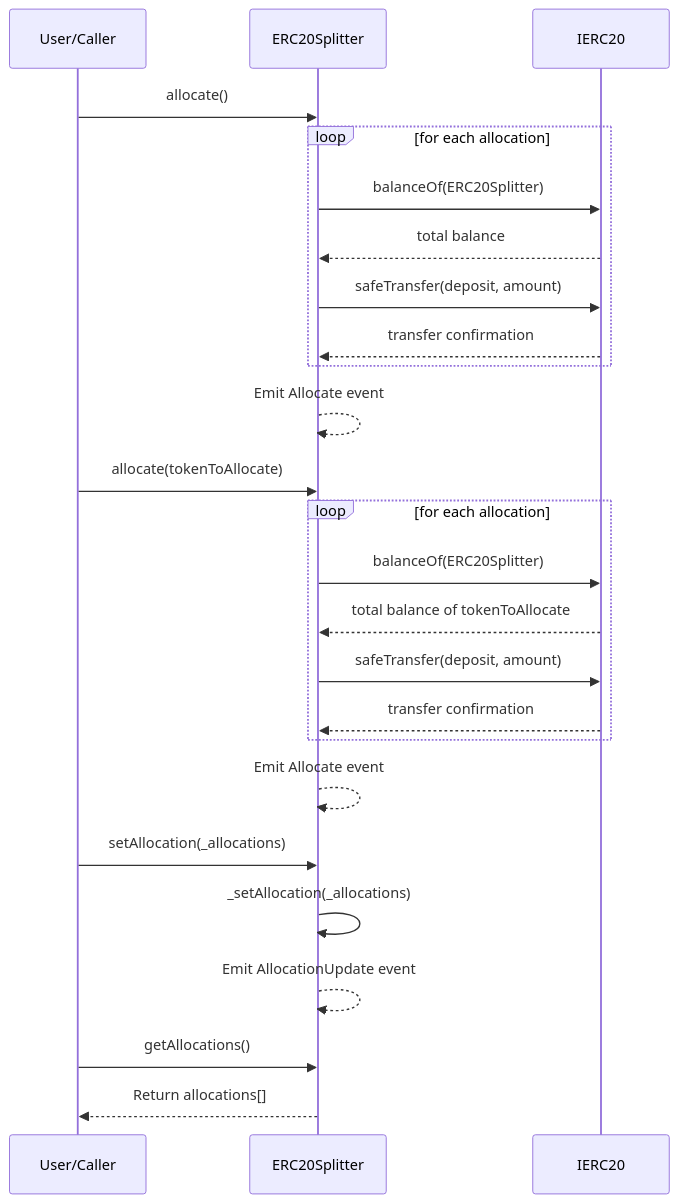
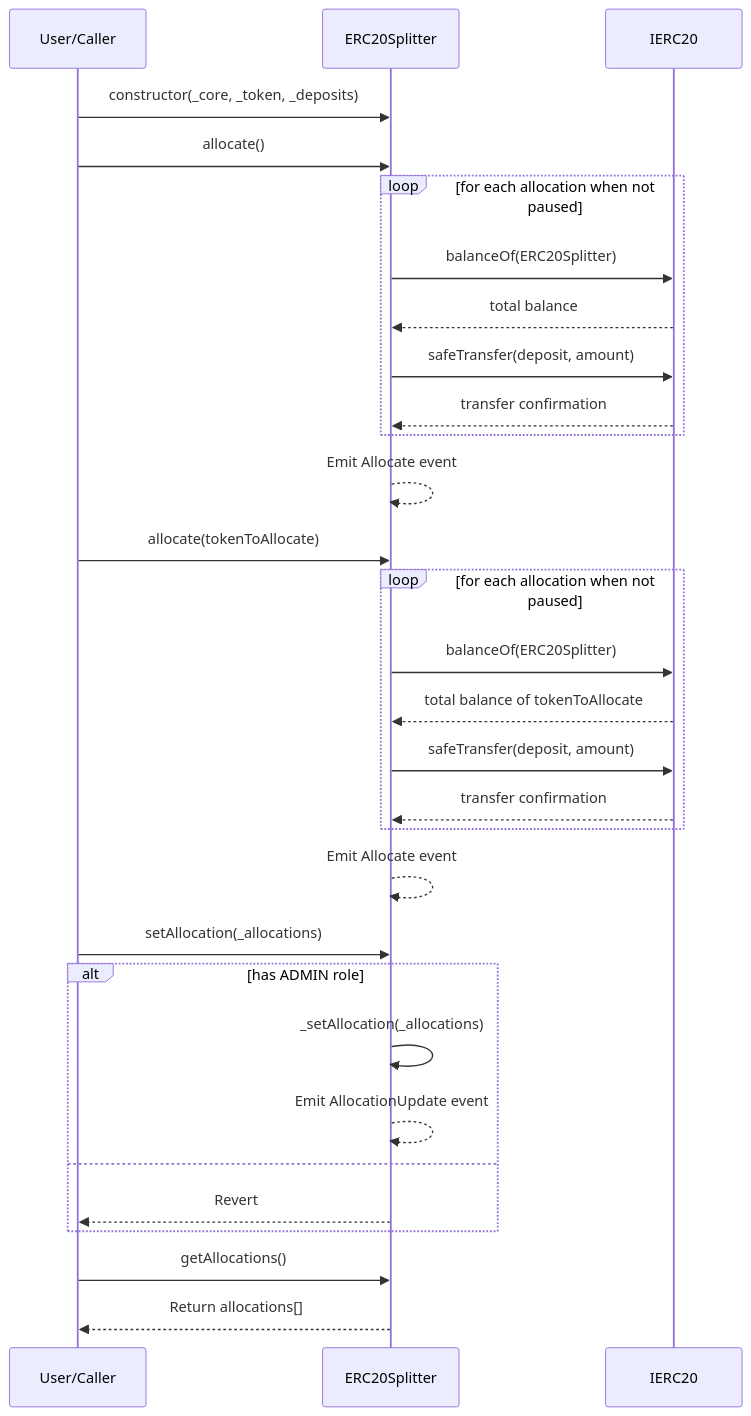
The second of 2 diagrams in doc/contracts/finance/ERC20Splitter.md (ZTX-Foundation/tuxedo), drawn with Mermaid before and after one commit. The commit also changed 8 other files, not shown here.

````diff
--- a/doc/contracts/finance/ERC20Splitter.md
+++ b/doc/contracts/finance/ERC20Splitter.md
@@ -19,31 +19,37 @@
 ```mermaid
 sequenceDiagram
     participant User as User/Caller
     participant ERC20Splitter
     participant IERC20
 
+    User->>ERC20Splitter: constructor(_core, _token, _deposits)
+
     User->>ERC20Splitter: allocate()
-    loop for each allocation
+    loop for each allocation when not paused
         ERC20Splitter->>IERC20: balanceOf(ERC20Splitter)
         IERC20-->>ERC20Splitter: total balance
         ERC20Splitter->>IERC20: safeTransfer(deposit, amount)
         IERC20-->>ERC20Splitter: transfer confirmation
     end
     ERC20Splitter-->>ERC20Splitter: Emit Allocate event
 
     User->>ERC20Splitter: allocate(tokenToAllocate)
-    loop for each allocation
+    loop for each allocation when not paused
         ERC20Splitter->>IERC20: balanceOf(ERC20Splitter)
         IERC20-->>ERC20Splitter: total balance of tokenToAllocate
         ERC20Splitter->>IERC20: safeTransfer(deposit, amount)
         IERC20-->>ERC20Splitter: transfer confirmation
     end
     ERC20Splitter-->>ERC20Splitter: Emit Allocate event
 
     User->>ERC20Splitter: setAllocation(_allocations)
-    ERC20Splitter->>ERC20Splitter: _setAllocation(_allocations)
-    ERC20Splitter-->>ERC20Splitter: Emit AllocationUpdate event
+    alt has ADMIN role
+        ERC20Splitter->>ERC20Splitter: _setAllocation(_allocations)
+        ERC20Splitter-->>ERC20Splitter: Emit AllocationUpdate event
+    else
+        ERC20Splitter-->>User: Revert
+    end
 
     User->>ERC20Splitter: getAllocations()
     ERC20Splitter-->>User: Return allocations[]
 ```
````
